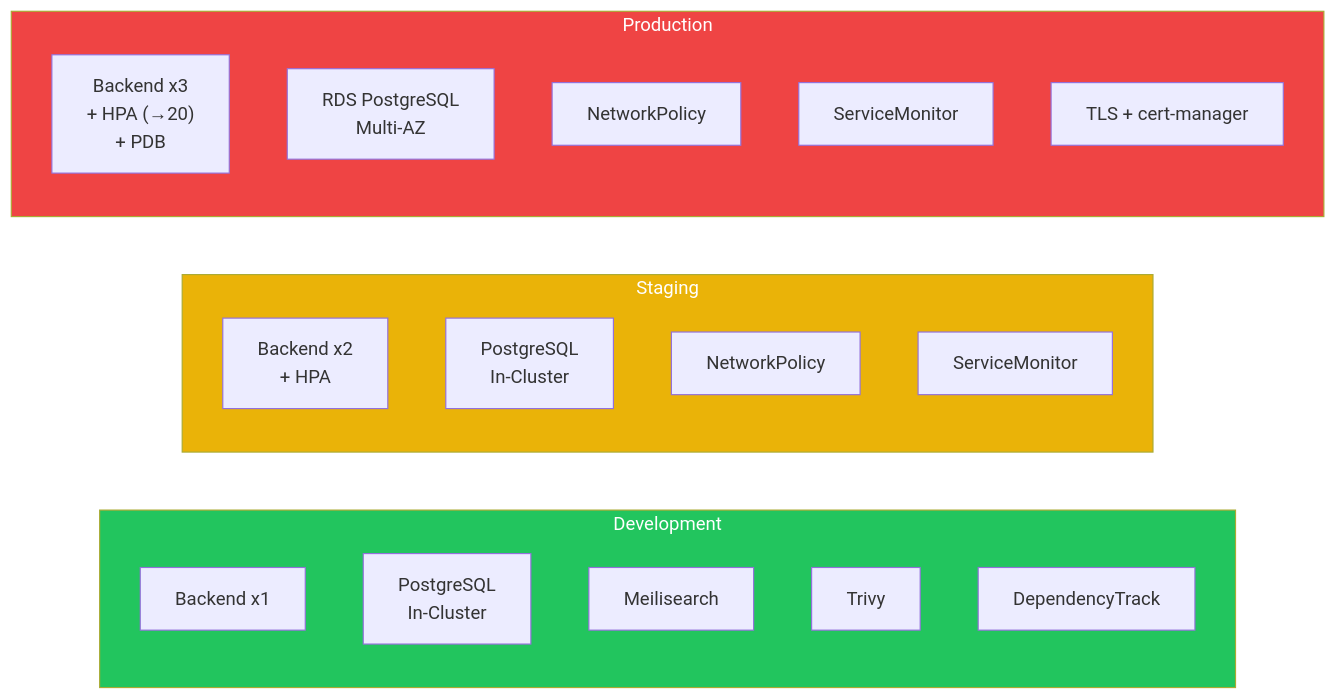
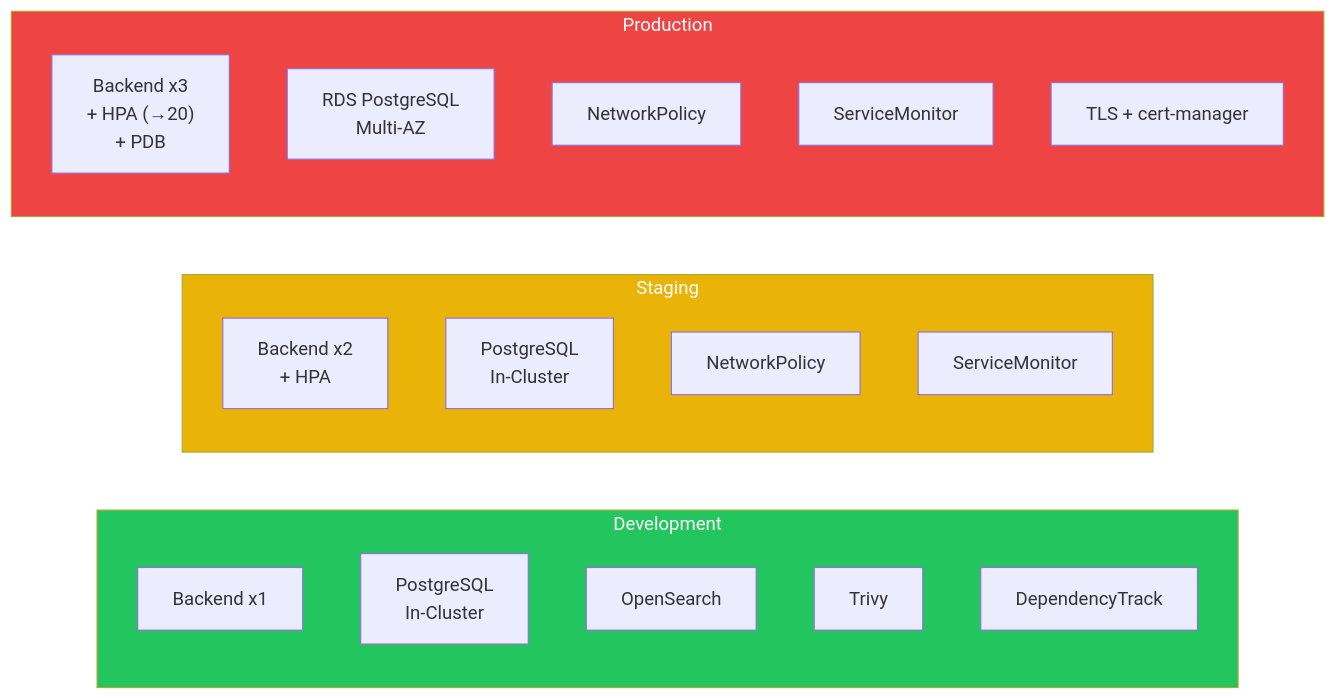
The second of 4 diagrams in README.md (artifact-keeper/artifact-keeper-iac), drawn with Mermaid before and after one commit. The commit also changed other lines of this file and 19 other files, not shown here.

First line of the commit message:
chore: replace Meilisearch with OpenSearch in Helm chart (companion to artifact-keeper#830) (#67)

````diff
--- a/README.md
+++ b/README.md
@@ -139,29 +139,29 @@
 ```mermaid
 graph LR
     subgraph DEV["Development"]
         D_BE["Backend x1"]
         D_PG["PostgreSQL<br/>In-Cluster"]
-        D_MS["Meilisearch"]
+        D_MS["OpenSearch"]
         D_TV["Trivy"]
         D_DT["DependencyTrack"]
     end
 
     subgraph STG["Staging"]
         S_BE["Backend x2<br/>+ HPA"]
         S_PG["PostgreSQL<br/>In-Cluster"]
         S_NP["NetworkPolicy"]
         S_SM["ServiceMonitor"]
     end
 
     subgraph PROD["Production"]
         P_BE["Backend x3<br/>+ HPA (→20)<br/>+ PDB"]
         P_RDS["RDS PostgreSQL<br/>Multi-AZ"]
         P_NP["NetworkPolicy"]
         P_SM["ServiceMonitor"]
         P_TLS["TLS + cert-manager"]
     end
 
     style DEV fill:#22c55e,color:#fff
     style STG fill:#eab308,color:#fff
     style PROD fill:#ef4444,color:#fff
 ```
````
